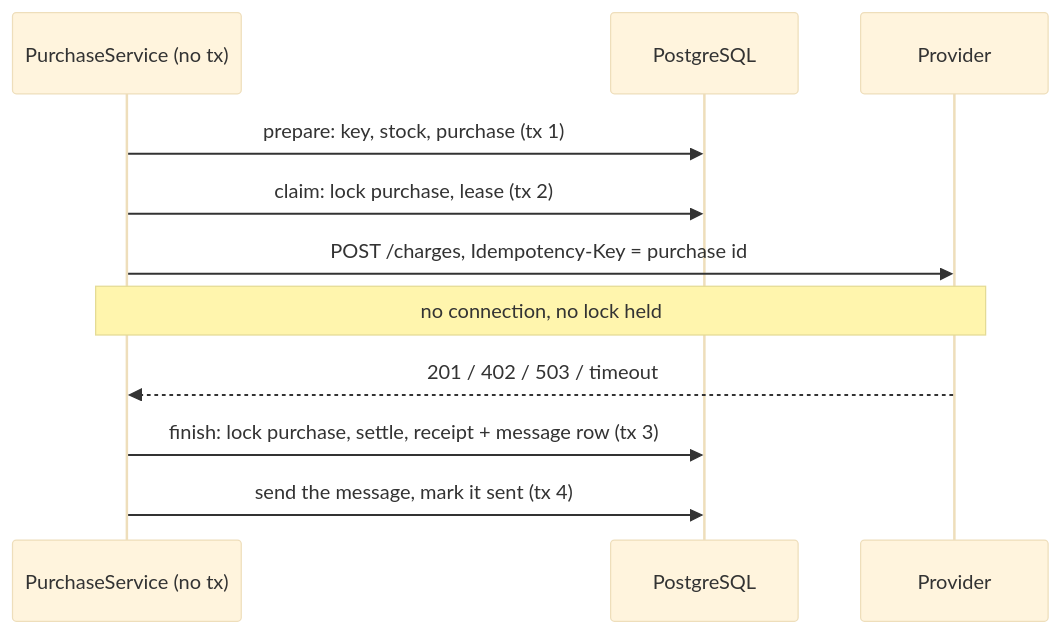
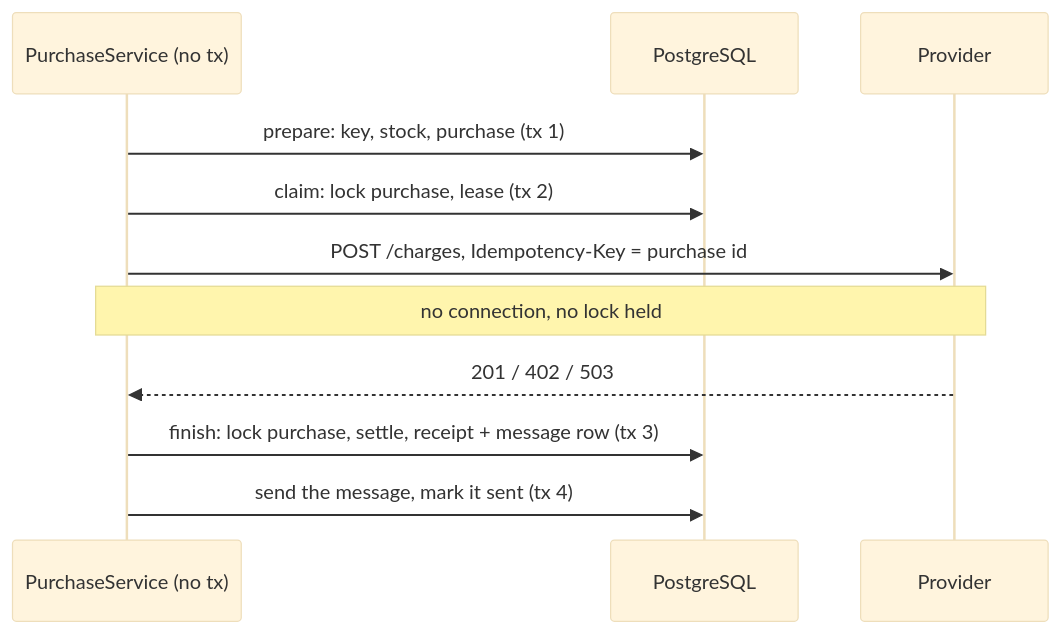
The third of 3 diagrams in lessons/selling-books-lessons.md (LabInternetPub/JPAlibraryExample), drawn with Mermaid (base theme) before and after one commit. The commit also changed other lines of this file and 24 other files, not shown here.

````diff
--- a/lessons/selling-books-lessons.md
+++ b/lessons/selling-books-lessons.md
@@ -240,13 +245,13 @@
 ```mermaid
 sequenceDiagram
     participant PS as PurchaseService (no tx)
     participant DB as PostgreSQL
     participant P as Provider
     PS->>DB: prepare: key, stock, purchase (tx 1)
     PS->>DB: claim: lock purchase, lease (tx 2)
     PS->>P: POST /charges, Idempotency-Key = purchase id
     Note over PS,P: no connection, no lock held
-    P-->>PS: 201 / 402 / 503 / timeout
+    P-->>PS: 201 / 402 / 503
     PS->>DB: finish: lock purchase, settle, receipt + message row (tx 3)
     PS->>DB: send the message, mark it sent (tx 4)
 ```
````
